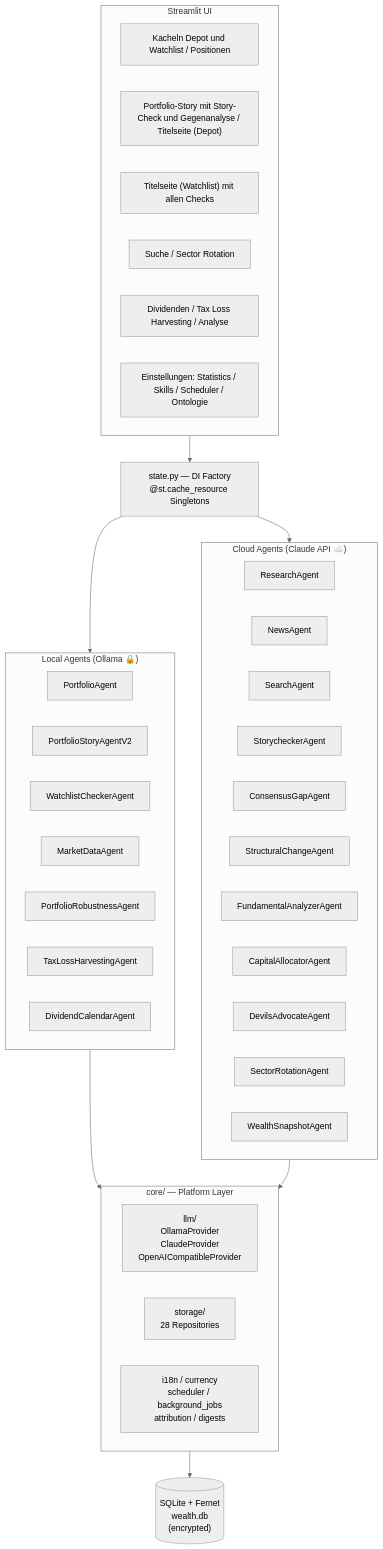
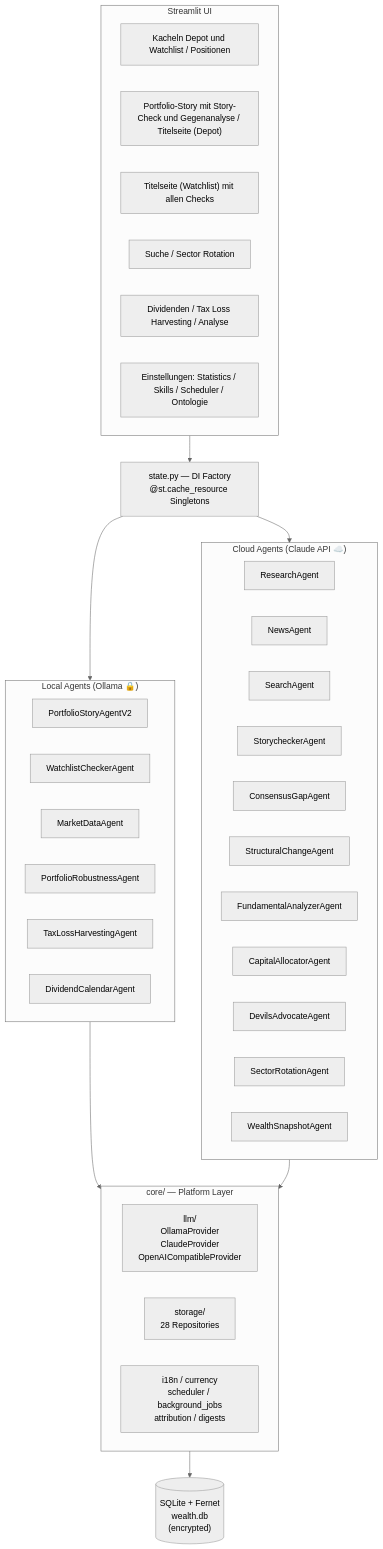
The first of 2 diagrams in ARCHITECTURE.md (esc1899/wealth_management), drawn with Mermaid (neutral theme) before and after one commit. The commit also changed other lines of this file and 42 other files, not shown here.

````diff
--- a/ARCHITECTURE.md
+++ b/ARCHITECTURE.md
@@ -5,52 +5,51 @@
 ```mermaid
 graph TD
     subgraph UI["Streamlit UI"]
         PG1["Kacheln Depot und Watchlist / Positionen"]
         PG2["Portfolio-Story mit Story-Check und Gegenanalyse / Titelseite (Depot)"]
         PG3["Titelseite (Watchlist) mit allen Checks"]
         PG5["Suche / Sector Rotation"]
         PG7["Dividenden / Tax Loss Harvesting / Analyse"]
         PG8["Einstellungen: Statistics / Skills / Scheduler / Ontologie"]
     end
 
     state["state.py — DI Factory<br/>@st.cache_resource Singletons"]
 
     subgraph Local["Local Agents (Ollama 🔒)"]
-        PA["PortfolioAgent"]
         PSA["PortfolioStoryAgentV2"]
         WCA["WatchlistCheckerAgent"]
         MDA["MarketDataAgent"]
         PRA["PortfolioRobustnessAgent"]
         TLH["TaxLossHarvestingAgent"]
         DCA["DividendCalendarAgent"]
     end
 
     subgraph Cloud["Cloud Agents (Claude API ☁️)"]
         RA["ResearchAgent"]
         NA["NewsAgent"]
         SA["SearchAgent"]
         SCA["StorycheckerAgent"]
         CGA["ConsensusGapAgent"]
         STA["StructuralChangeAgent"]
         FAA["FundamentalAnalyzerAgent"]
         CAA["CapitalAllocatorAgent"]
         DAA["DevilsAdvocateAgent"]
         SRA["SectorRotationAgent"]
         WSA["WealthSnapshotAgent"]
     end
 
     subgraph Core["core/ — Platform Layer"]
         LLM["llm/<br/>OllamaProvider<br/>ClaudeProvider<br/>OpenAICompatibleProvider"]
         STOR["storage/<br/>28 Repositories"]
         UTIL["i18n / currency<br/>scheduler / background_jobs<br/>attribution / digests"]
     end
 
     DB[("SQLite + Fernet<br/>wealth.db<br/>(encrypted)")]
 
     UI --> state
     state --> Local
     state --> Cloud
     Local --> Core
     Cloud --> Core
     Core --> DB
 ```
````
